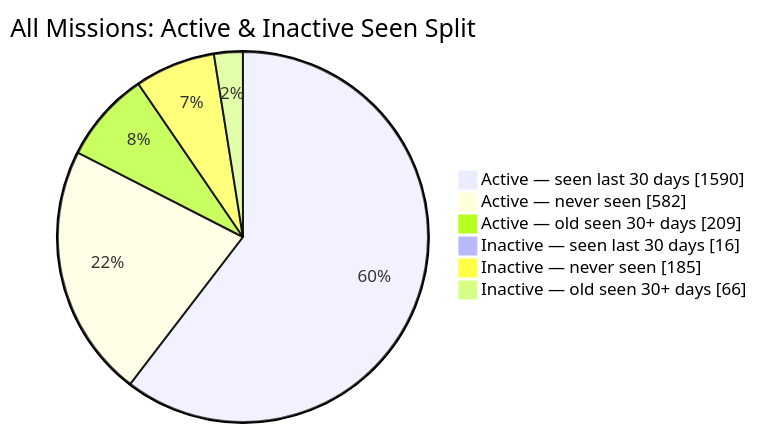
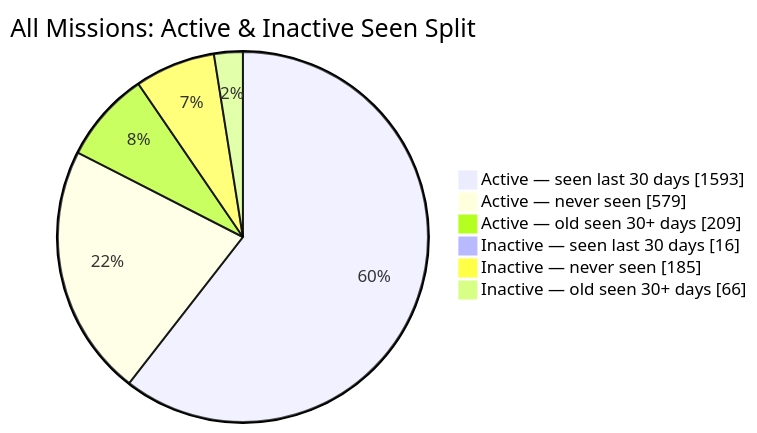
The second of 2 diagrams in README.md (MeldkamerspelGameTeam/active-missions), drawn with Mermaid before and after one commit. The commit also changed other lines of this file and 3 other files, not shown here.

````diff
--- a/README.md
+++ b/README.md
@@ -44,10 +44,10 @@
 ```mermaid
 pie showData
     title All Missions: Active & Inactive Seen Split
-    "Active — seen last 30 days" : 1590
-    "Active — never seen" : 582
+    "Active — seen last 30 days" : 1593
+    "Active — never seen" : 579
     "Active — old seen 30+ days" : 209
     "Inactive — seen last 30 days" : 16
     "Inactive — never seen" : 185
     "Inactive — old seen 30+ days" : 66
 ```
````
